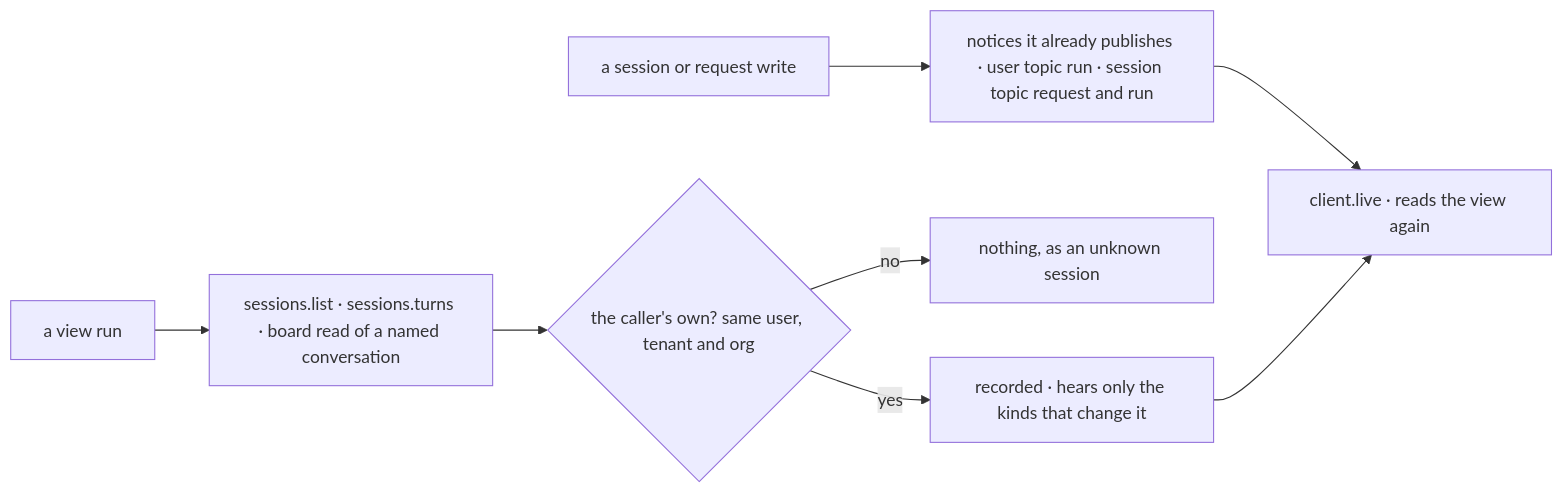
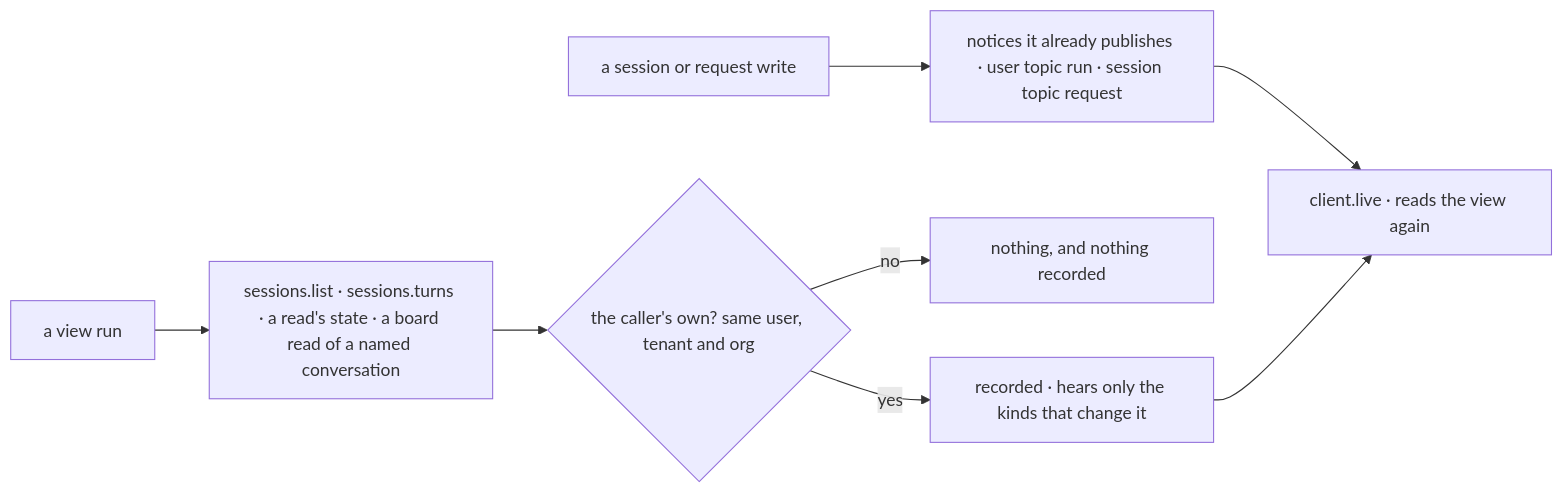
Before and after one commit to fixpoint-labs/flow-state-dev: the second of 2 diagrams in specs/issues/FIX-2725/SPEC.md, drawn with Mermaid. The commit also changed other lines of this file and 3 other files, not shown here.

First line of the commit message:
spec(FIX-2725): fold review round 1 — unrecorded identity, named-conversation board read, two owner questions

````diff
--- a/specs/issues/FIX-2725/SPEC.md
+++ b/specs/issues/FIX-2725/SPEC.md
@@ -86,10 +88,10 @@
 ```mermaid
 flowchart LR
-  W["a session or request write"] --> N["notices it already publishes · user topic run · session topic request and run"]
-  V["a view run"] --> R["sessions.list · sessions.turns · board read of a named conversation"]
+  W["a session or request write"] --> N["notices it already publishes · user topic run · session topic request"]
+  V["a view run"] --> R["sessions.list · sessions.turns · a read's state · a board read of a named conversation"]
   R --> O{"the caller's own? same user, tenant and org"}
-  O -->|"no"| U["nothing, as an unknown session"]
+  O -->|"no"| U["nothing, and nothing recorded"]
   O -->|"yes"| H["recorded · hears only the kinds that change it"]
   N --> L["client.live · reads the view again"]
   H --> L
 ```
````
